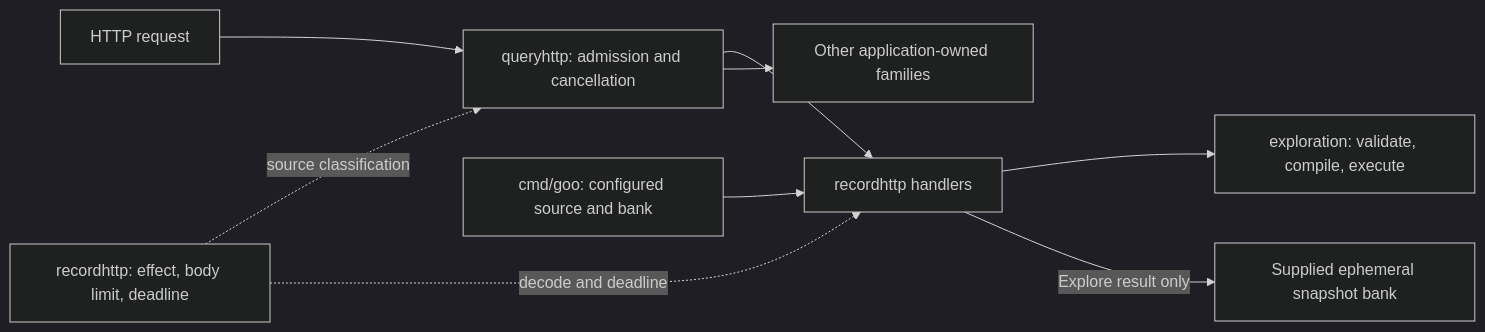
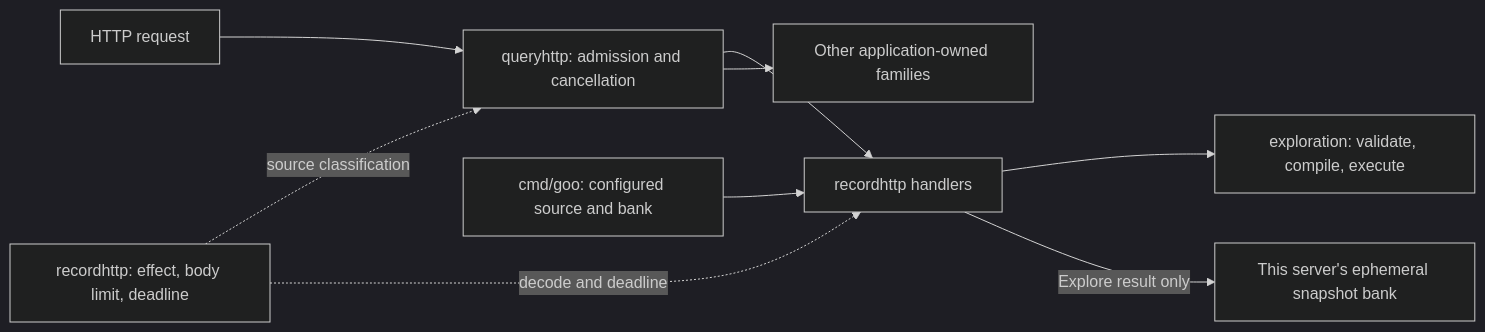
The first of 14 diagrams in docs/HTTP_BOUNDARIES.md (casselc/goo), drawn with Mermaid (dark theme) before and after one commit. The commit also changed other lines of this file and 49 other files, not shown here.

````diff
--- a/docs/HTTP_BOUNDARIES.md
+++ b/docs/HTTP_BOUNDARIES.md
@@ -45,11 +45,11 @@
 ```mermaid
 flowchart LR
     Request[HTTP request] --> Budget[queryhttp: admission and cancellation]
     Policy[recordhttp: effect, body limit, deadline] -. source classification .-> Budget
     Policy -. decode and deadline .-> Records[recordhttp handlers]
     Budget --> Records
     Budget --> Other[Other application-owned families]
     Records --> Semantics[exploration: validate, compile, execute]
-    Records -->|Explore result only| Snapshots[Supplied ephemeral snapshot bank]
+    Records -->|Explore result only| Snapshots[This server's ephemeral snapshot bank]
     Startup[cmd/goo: configured source and bank] --> Records
 ```
````
